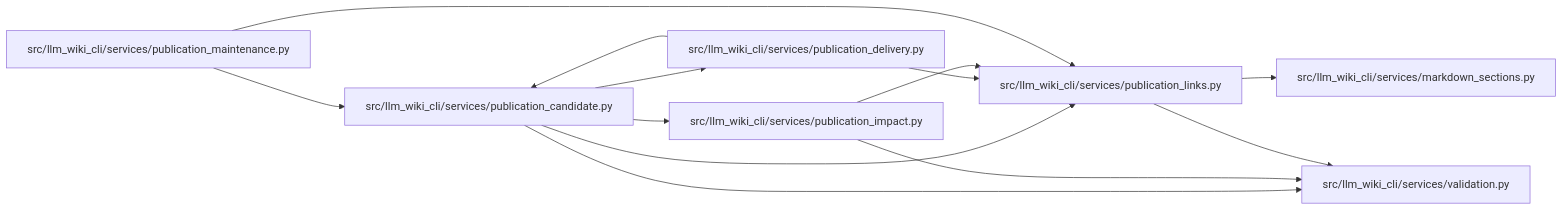
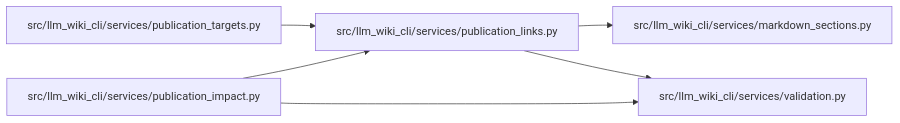
The diagram in docs/llm_wiki/modules/publication_links.md (Denissvgn/python-wiki-llm), drawn with Mermaid before and after one commit. The commit also changed other lines of this file and 1555 other files, not shown here.

````diff
--- a/docs/llm_wiki/modules/publication_links.md
+++ b/docs/llm_wiki/modules/publication_links.md
@@ -28,29 +28,18 @@
 ```mermaid
 flowchart LR
     n0["src/llm_wiki_cli/services/markdown_sections.py"]
-    n1["src/llm_wiki_cli/services/publication_candidate.py"]
-    n2["src/llm_wiki_cli/services/publication_delivery.py"]
-    n3["src/llm_wiki_cli/services/publication_impact.py"]
-    n4["src/llm_wiki_cli/services/publication_links.py"]
-    n5["src/llm_wiki_cli/services/publication_maintenance.py"]
-    n6["src/llm_wiki_cli/services/validation.py"]
+    n1["src/llm_wiki_cli/services/publication_impact.py"]
+    n2["src/llm_wiki_cli/services/publication_links.py"]
+    n3["src/llm_wiki_cli/services/publication_targets.py"]
+    n4["src/llm_wiki_cli/services/validation.py"]
     n1 --> n2
-    n1 --> n3
     n1 --> n4
-    n1 --> n6
-    n2 --> n1
+    n2 --> n0
     n2 --> n4
-    n3 --> n4
-    n3 --> n6
-    n4 --> n0
-    n4 --> n6
-    n5 --> n1
-    n5 --> n4
+    n3 --> n2
     click n0 "../modules/markdown_sections.md"
-    click n1 "../modules/publication_candidate.md"
-    click n2 "../modules/publication_delivery.md"
-    click n3 "../modules/publication_impact.md"
-    click n4 "../modules/publication_links.md"
-    click n5 "../modules/publication_maintenance.md"
-    click n6 "../modules/validation.md"
+    click n1 "../modules/publication_impact.md"
+    click n2 "../modules/publication_links.md"
+    click n3 "../modules/publication_targets.md"
+    click n4 "../modules/validation.md"
 ```
````
